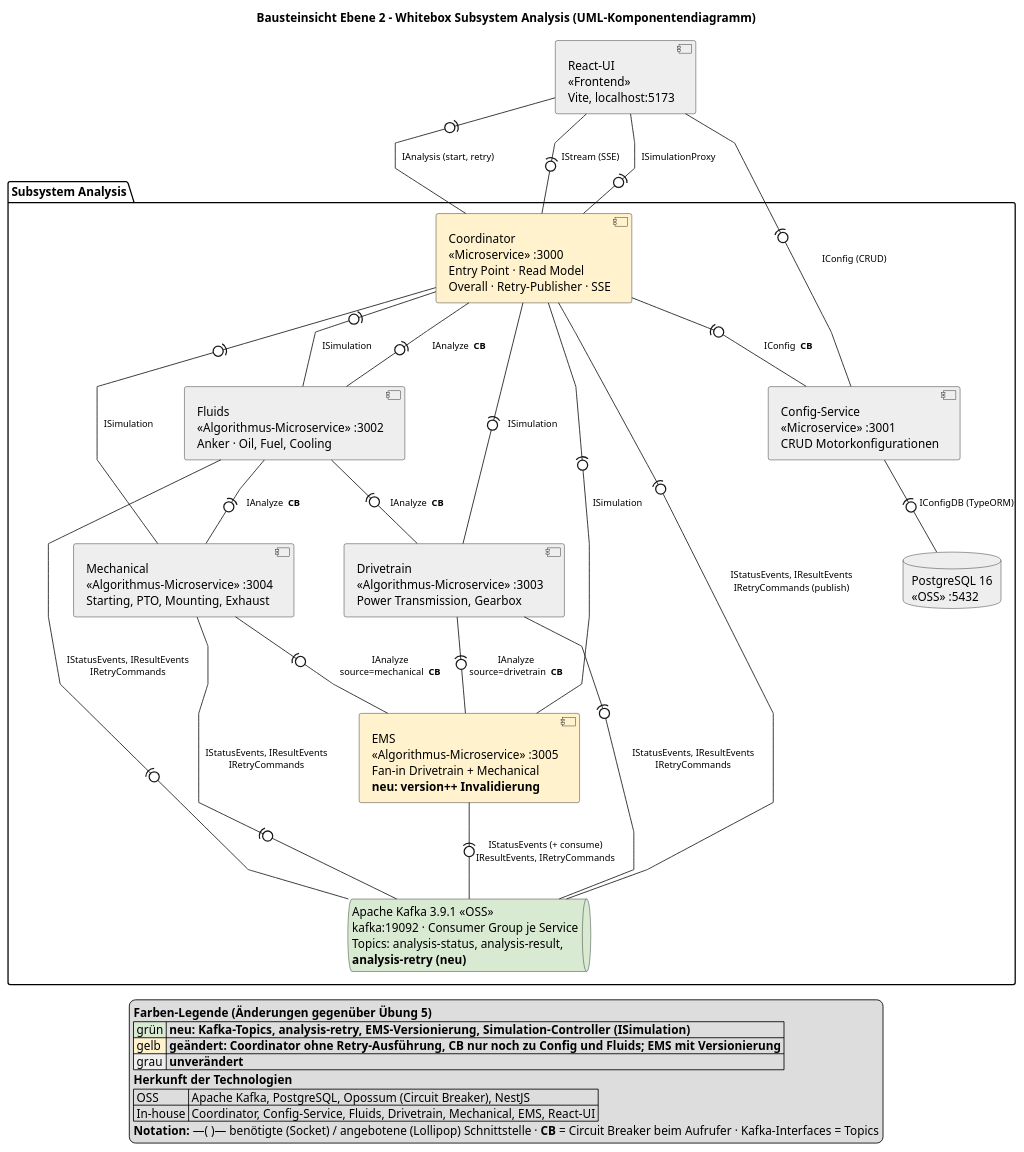
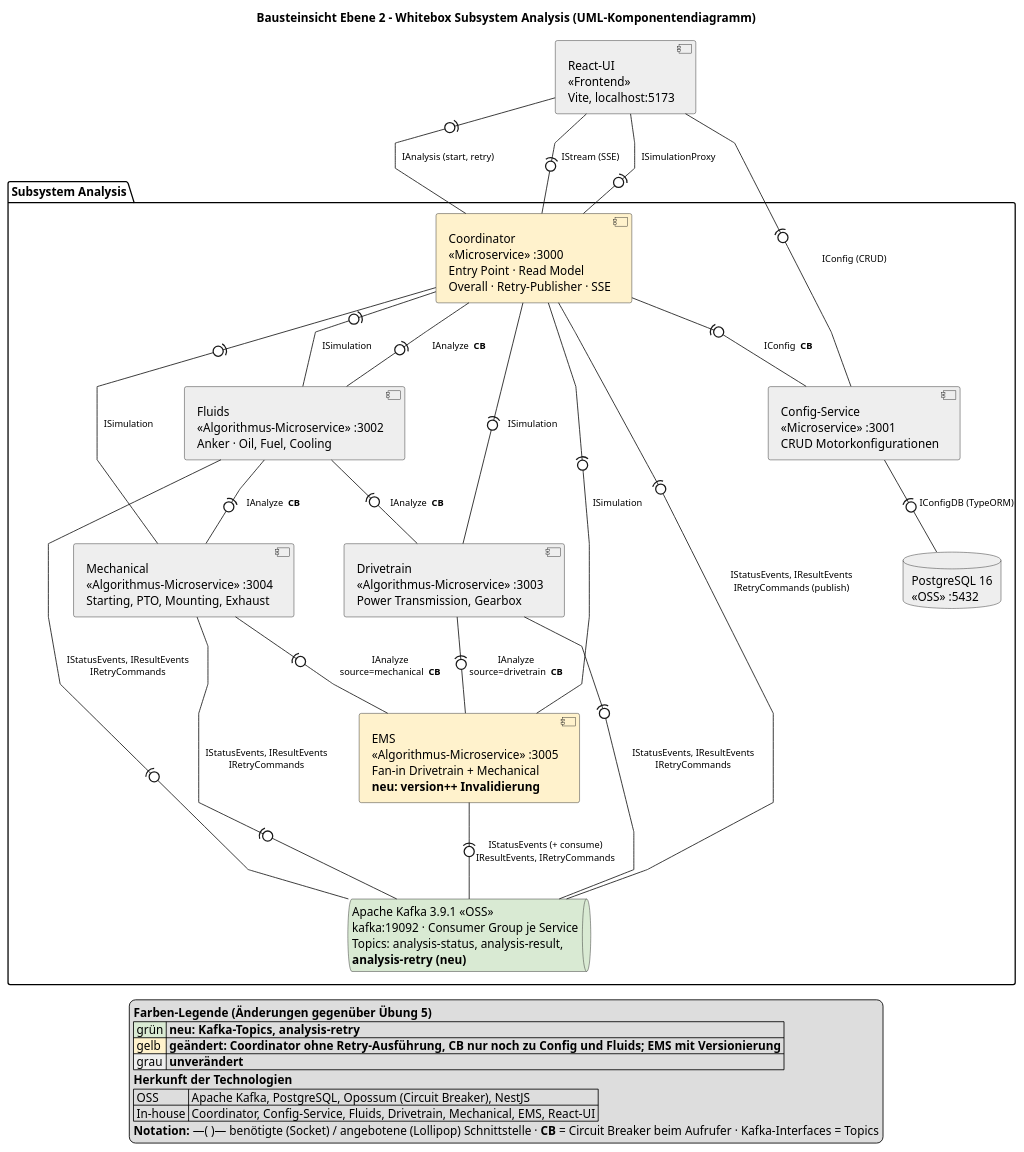
The diagram in docs/diagrams/bausteinsicht-ebene2.puml (nihadio/wirschiffendas), drawn with PlantUML before and after one commit. The commit also changed 12 other files, not shown here.

```diff
--- a/docs/diagrams/bausteinsicht-ebene2.puml
+++ b/docs/diagrams/bausteinsicht-ebene2.puml
@@ -1,66 +1,66 @@
 @startuml bausteinsicht-ebene2
 ' arc42 §5.1 Bausteinsicht, Ebene 2 (Whitebox Subsystem Analysis)
 ' Interfaces nach arc42 §3.2; CB-Kanten exakt die sechs aus arc42 §6.4
 title Bausteinsicht Ebene 2 – Whitebox Subsystem Analysis (UML-Komponentendiagramm)
 skinparam componentStyle uml2
 skinparam defaultFontName Helvetica
 skinparam shadowing false
 skinparam linetype polyline
 skinparam nodesep 60
 skinparam ranksep 70
 skinparam ArrowFontSize 11
 
 component "React-UI\n<<Frontend>>\nVite, localhost:5173" as UI #eeeeee
 
 package "Subsystem Analysis" {
   component "Coordinator\n<<Microservice>> :3000\nEntry Point · Read Model\nOverall · Retry-Publisher · SSE" as COORD #fff2cc
   component "Config-Service\n<<Microservice>> :3001\nCRUD Motorkonfigurationen" as CONFIG #eeeeee
   database "PostgreSQL 16\n<<OSS>> :5432" as DB #eeeeee
   component "Fluids\n<<Algorithmus-Microservice>> :3002\nAnker · Oil, Fuel, Cooling" as FLU #eeeeee
   component "Drivetrain\n<<Algorithmus-Microservice>> :3003\nPower Transmission, Gearbox" as DRV #eeeeee
   component "Mechanical\n<<Algorithmus-Microservice>> :3004\nStarting, PTO, Mounting, Exhaust" as MEC #eeeeee
   component "EMS\n<<Algorithmus-Microservice>> :3005\nFan-in Drivetrain + Mechanical\n**neu: version++ Invalidierung**" as EMS #fff2cc
   queue "Apache Kafka 3.9.1 <<OSS>>\nkafka:19092 · Consumer Group je Service\nTopics: analysis-status, analysis-result,\n**analysis-retry (neu)**" as KAFKA #d9ead3
 }
 
 ' --- UI -> Subsystem ---
 UI -(0- COORD : IAnalysis (start, retry)
 UI -(0- COORD : IStream (SSE)
 UI -(0- COORD : ISimulationProxy
 UI -(0- CONFIG : IConfig (CRUD)
 
 ' --- REST-Übergänge der Choreografie, alle mit Circuit Breaker (arc42 §6.4) ---
 COORD -(0- CONFIG : IConfig  **CB**
 COORD -(0- FLU : IAnalyze  **CB**
 FLU -(0- DRV : IAnalyze  **CB**
 FLU -(0- MEC : IAnalyze  **CB**
 DRV -(0- EMS : IAnalyze\nsource=drivetrain  **CB**
 MEC -(0- EMS : IAnalyze\nsource=mechanical  **CB**
 
 ' --- Simulation-Controller (neu) in jedem Algorithmus-Service ---
 COORD -(0- FLU : ISimulation
 COORD -(0- DRV : ISimulation
 COORD -(0- MEC : ISimulation
 COORD -(0- EMS : ISimulation
 
 ' --- Kafka-Topics (neu) ---
 COORD -(0- KAFKA : IStatusEvents, IResultEvents\nIRetryCommands (publish)
 FLU -(0- KAFKA : IStatusEvents, IResultEvents\nIRetryCommands
 DRV -(0- KAFKA : IStatusEvents, IResultEvents\nIRetryCommands
 MEC -(0- KAFKA : IStatusEvents, IResultEvents\nIRetryCommands
 EMS -(0- KAFKA : IStatusEvents (+ consume)\nIResultEvents, IRetryCommands
 
 ' --- Persistenz ---
 CONFIG -(0- DB : IConfigDB (TypeORM)
 
 legend bottom
   **Farben-Legende (Änderungen gegenüber Übung 5)**
-  |<#d9ead3> grün |= neu: Kafka-Topics, analysis-retry, EMS-Versionierung, Simulation-Controller (ISimulation) |
+  |<#d9ead3> grün |= neu: Kafka-Topics, analysis-retry |
   |<#fff2cc> gelb |= geändert: Coordinator ohne Retry-Ausführung, CB nur noch zu Config und Fluids; EMS mit Versionierung |
   |<#eeeeee> grau |= unverändert |
   **Herkunft der Technologien**
   | OSS | Apache Kafka, PostgreSQL, Opossum (Circuit Breaker), NestJS |
   | In-house | Coordinator, Config-Service, Fluids, Drivetrain, Mechanical, EMS, React-UI |
   **Notation:** —( )— benötigte (Socket) / angebotene (Lollipop) Schnittstelle · **CB** = Circuit Breaker beim Aufrufer · Kafka-Interfaces = Topics
 endlegend
 @enduml
```
